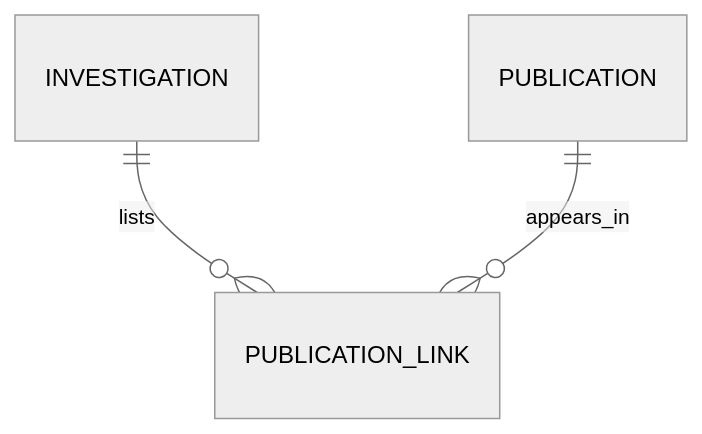
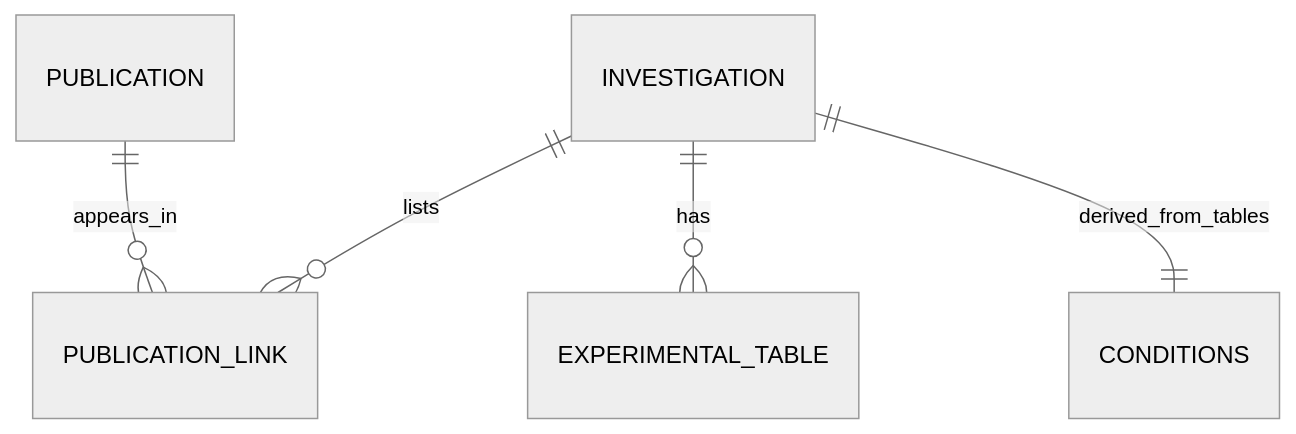
The diagram in docs/data-model.md (w4ngg/nasa-app-challenge), drawn with Mermaid (neutral theme) before and after one commit. The commit also changed other lines of this file and 6 other files, not shown here.

First line of the commit message:
docs: rewrite docs in English and add knowledge graph guide

````diff
--- a/docs/data-model.md
+++ b/docs/data-model.md
@@ -12,5 +17,7 @@
 ```mermaid
 erDiagram
   INVESTIGATION ||--o{ PUBLICATION_LINK : lists
   PUBLICATION ||--o{ PUBLICATION_LINK : appears_in
+  INVESTIGATION ||--o{ EXPERIMENTAL_TABLE : has
+  INVESTIGATION ||--|| CONDITIONS : derived_from_tables
 ```
````
